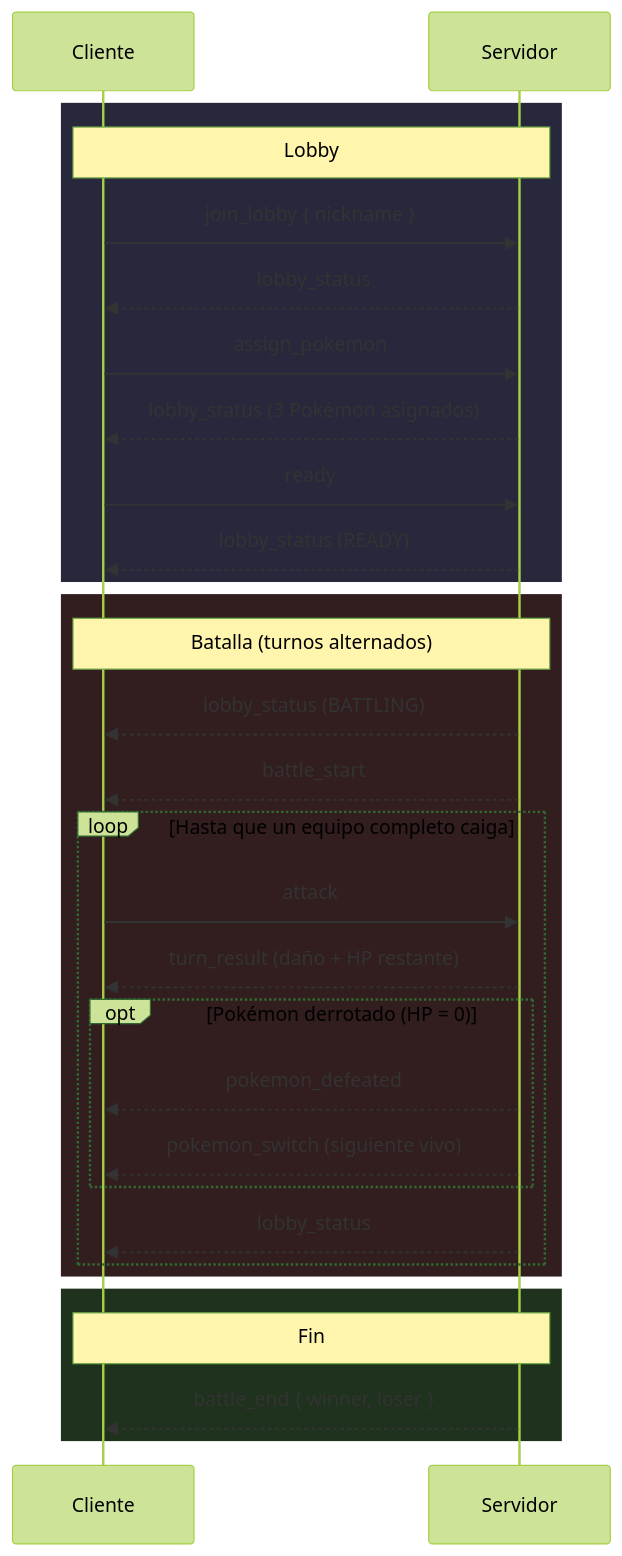
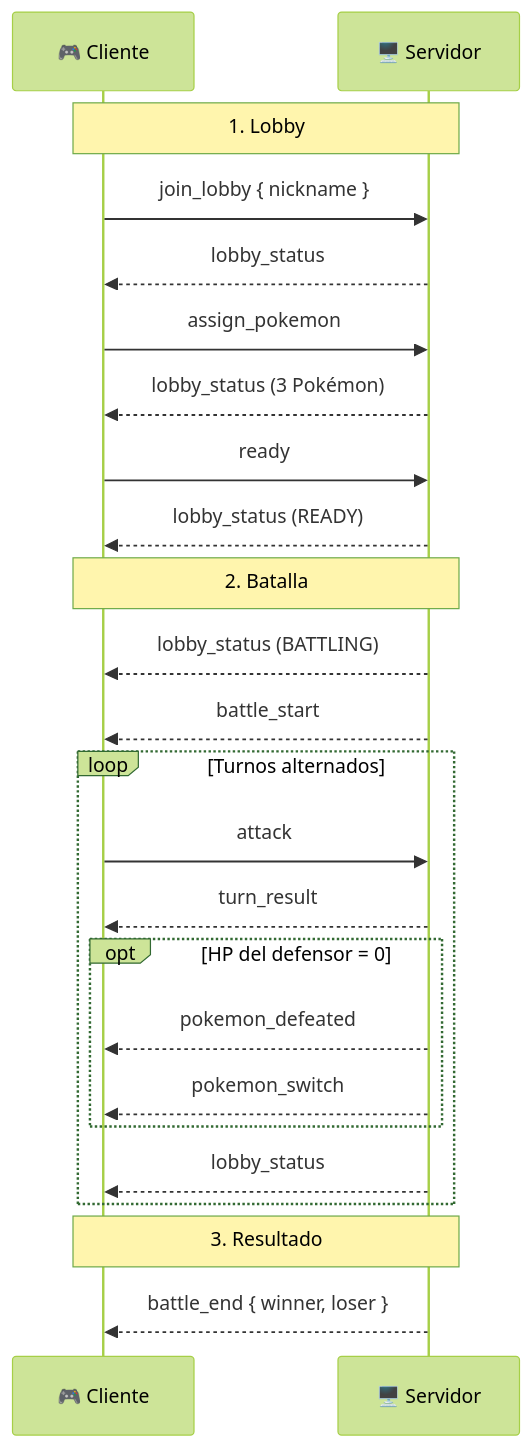
The diagram in README.md (jarero321/pokemon-stadium-api), drawn with Mermaid (forest theme) before and after one commit.

Commit message:
docs: simplify Mermaid battle flow for better readability
Remove nested rect blocks that caused visual overlap, use Note
separators for phases, and add spacing between steps.

````diff
--- a/README.md
+++ b/README.md
@@ -379,35 +379,35 @@
 ```mermaid
 sequenceDiagram
-    participant C as Cliente
-    participant S as Servidor
+    participant C as 🎮 Cliente
+    participant S as 🖥️ Servidor
 
-    rect rgb(40, 40, 60)
-    Note over C,S: Lobby
+    Note over C,S: 1. Lobby
+
     C->>S: join_lobby { nickname }
     S-->>C: lobby_status
+
     C->>S: assign_pokemon
-    S-->>C: lobby_status (3 Pokémon asignados)
+    S-->>C: lobby_status (3 Pokémon)
+
     C->>S: ready
     S-->>C: lobby_status (READY)
-    end
 
-    rect rgb(50, 30, 30)
-    Note over C,S: Batalla (turnos alternados)
+    Note over C,S: 2. Batalla
+
     S-->>C: lobby_status (BATTLING)
     S-->>C: battle_start
-    loop Hasta que un equipo completo caiga
+
+    loop Turnos alternados
         C->>S: attack
-        S-->>C: turn_result (daño + HP restante)
-        opt Pokémon derrotado (HP = 0)
+        S-->>C: turn_result
+        opt HP del defensor = 0
             S-->>C: pokemon_defeated
-            S-->>C: pokemon_switch (siguiente vivo)
+            S-->>C: pokemon_switch
         end
         S-->>C: lobby_status
     end
-    end
 
-    rect rgb(30, 50, 30)
-    Note over C,S: Fin
+    Note over C,S: 3. Resultado
+
     S-->>C: battle_end { winner, loser }
-    end
 ```
````
